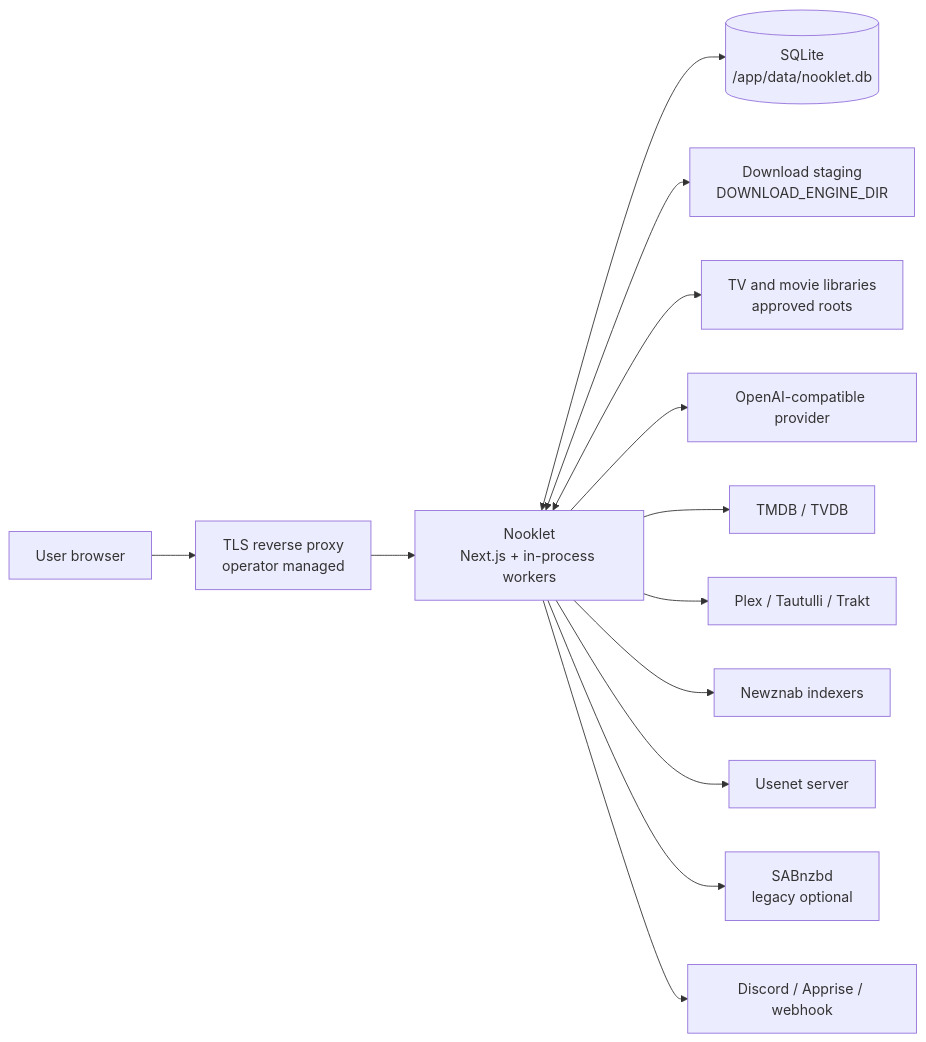
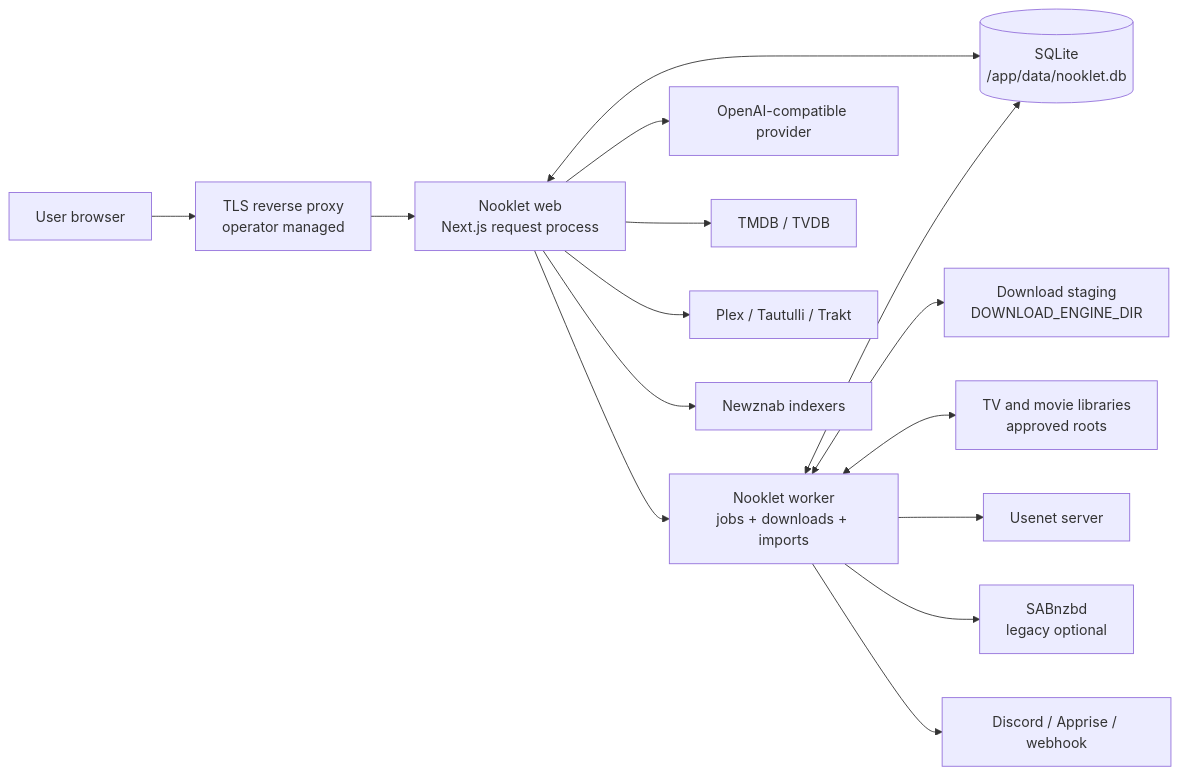
One commit to TannerMidd/Nooklet changed the first of 5 diagrams in docs/wiki/Architecture.md. Above: the diagram before and after it, drawn with Mermaid. The commit also changed other lines of this file and 105 other files, not shown here.

Commit message:
fix(runtime): isolate filesystem stalls from the web app

````diff
--- a/docs/wiki/Architecture.md
+++ b/docs/wiki/Architecture.md
@@ -11,28 +11,31 @@
 ```mermaid
 flowchart LR
   Person["User browser"]
   Proxy["TLS reverse proxy\noperator managed"]
-  App["Nooklet\nNext.js + in-process workers"]
+  App["Nooklet web\nNext.js request process"]
+  Worker["Nooklet worker\njobs + downloads + imports"]
   DB[("SQLite\n/app/data/nooklet.db")]
   Stage["Download staging\nDOWNLOAD_ENGINE_DIR"]
   Media["TV and movie libraries\napproved roots"]
   AI["OpenAI-compatible provider"]
   Metadata["TMDB / TVDB"]
   History["Plex / Tautulli / Trakt"]
   Indexers["Newznab indexers"]
   News["Usenet server"]
   SAB["SABnzbd\nlegacy optional"]
   Notify["Discord / Apprise / webhook"]
 
   Person --> Proxy --> App
   App <--> DB
-  App <--> Stage
-  App <--> Media
+  Worker <--> DB
+  Worker <--> Stage
+  Worker <--> Media
+  App --> Worker
   App --> AI
   App --> Metadata
   App --> History
   App --> Indexers
-  App --> News
-  App --> SAB
-  App --> Notify
+  Worker --> News
+  Worker --> SAB
+  Worker --> Notify
 ```
````
